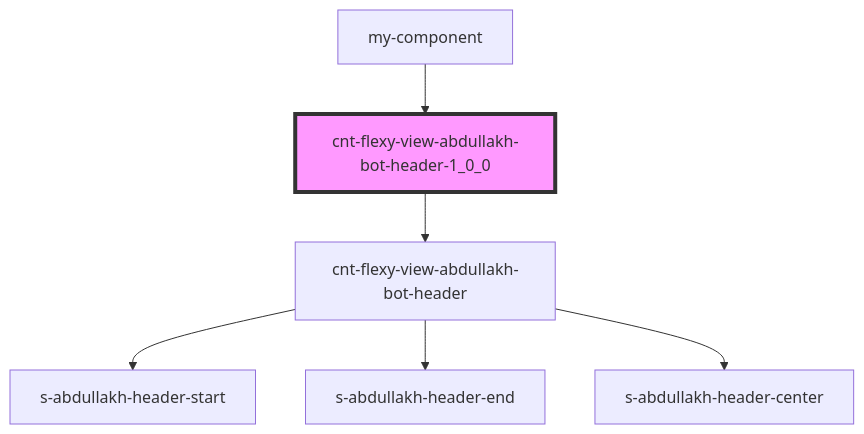
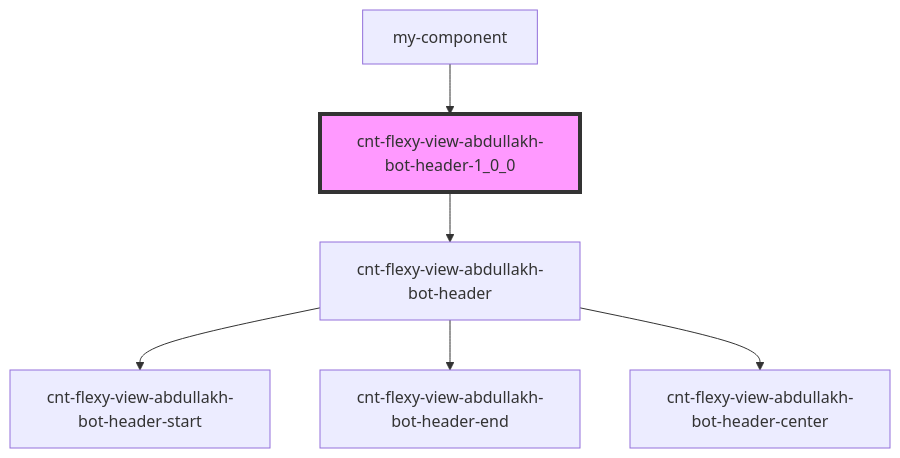
One commit to Wokh-Dada/botdevelopmentapp changed the diagram in src/components/cnt-flexy-view-abdullakh-bot-header-1_0_0/readme.md. Above: the diagram before and after it, drawn with Mermaid. The commit also changed 101 other files, not shown here.

````diff
--- a/src/components/cnt-flexy-view-abdullakh-bot-header-1_0_0/readme.md
+++ b/src/components/cnt-flexy-view-abdullakh-bot-header-1_0_0/readme.md
@@ -27,9 +27,9 @@
 ```mermaid
 graph TD;
   cnt-flexy-view-abdullakh-bot-header-1_0_0 --> cnt-flexy-view-abdullakh-bot-header
-  cnt-flexy-view-abdullakh-bot-header --> s-abdullakh-header-start
-  cnt-flexy-view-abdullakh-bot-header --> s-abdullakh-header-end
-  cnt-flexy-view-abdullakh-bot-header --> s-abdullakh-header-center
+  cnt-flexy-view-abdullakh-bot-header --> cnt-flexy-view-abdullakh-bot-header-start
+  cnt-flexy-view-abdullakh-bot-header --> cnt-flexy-view-abdullakh-bot-header-end
+  cnt-flexy-view-abdullakh-bot-header --> cnt-flexy-view-abdullakh-bot-header-center
   my-component --> cnt-flexy-view-abdullakh-bot-header-1_0_0
   style cnt-flexy-view-abdullakh-bot-header-1_0_0 fill:#f9f,stroke:#333,stroke-width:4px
 ```
````
